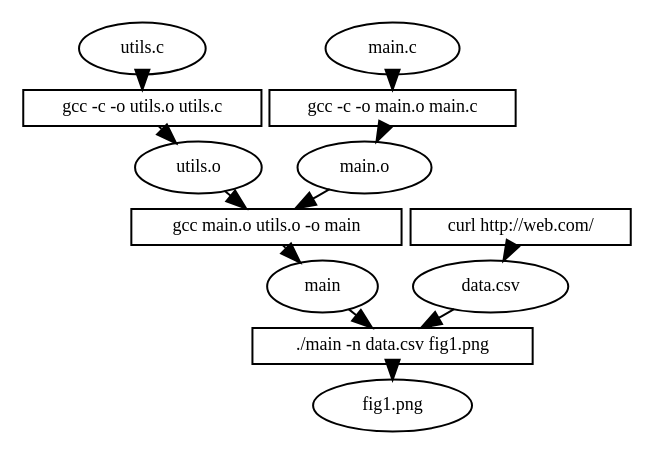
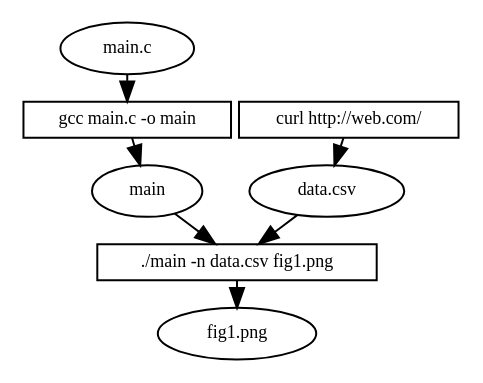
One commit to charmoniumQ/PROBE changed the diagram in docs/lib_interpos/prov_example.dot. Above: the diagram before and after it, drawn with Graphviz. The commit also changed 10 other files, not shown here.

```diff
--- a/docs/lib_interpos/prov_example.dot
+++ b/docs/lib_interpos/prov_example.dot
@@ -1,26 +1,19 @@
 strict digraph G {
     nodesep=0.05;
-    ranksep=0.1;
+    ranksep=0.2;
     node [fontsize=9, width=0.1, height=0.1];
-    edge [len=0.1];
+    //edge [len=0.1];
 
-    utilsc [shape="oval" label="utils.c"];
-    utilso [shape="oval" label="utils.o"];
     mainc [shape="oval" label="main.c"];
-    maino [shape="oval" label="main.o"];
     main [shape="oval" label="main"];
     datacsv [shape="oval" label="data.csv"];
     fig1png [shape="oval" label="fig1.png"];
 
-    compile_utils [shape="rect" label="gcc -c -o utils.o utils.c"];
-    compile_main [shape="rect" label="gcc -c -o main.o main.c"];
-    link [shape="rect" label="gcc main.o utils.o -o main"];
+    link [shape="rect" label="gcc main.c -o main"];
     runmain [shape="rect" label="./main -n data.csv fig1.png"];
     curl [shape="rect" label="curl http://web.com/"];
 
-    utilsc -> compile_utils -> utilso;
-    mainc -> compile_main -> maino;
-    {utilso maino} -> link -> main;
+    mainc -> link -> main;
     curl -> datacsv;
     {main datacsv} -> runmain -> fig1png;
 }
```
